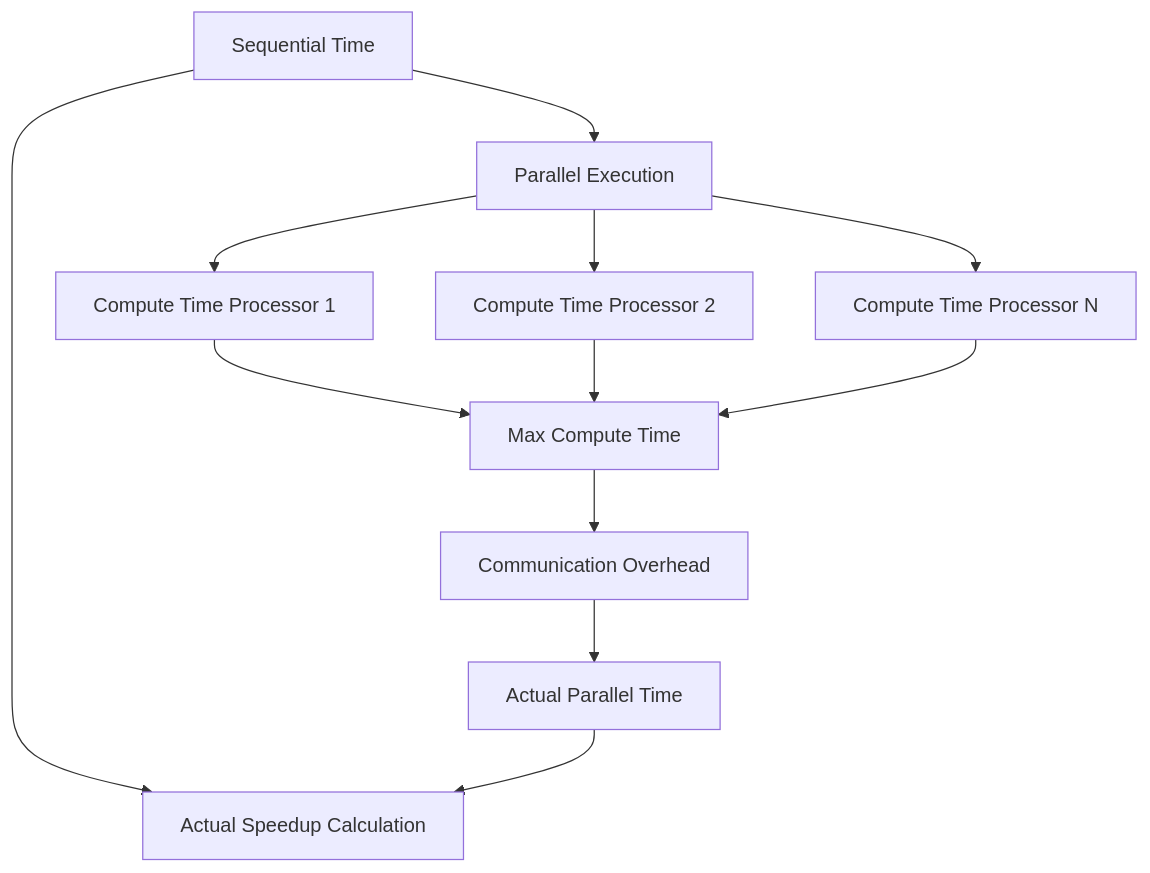
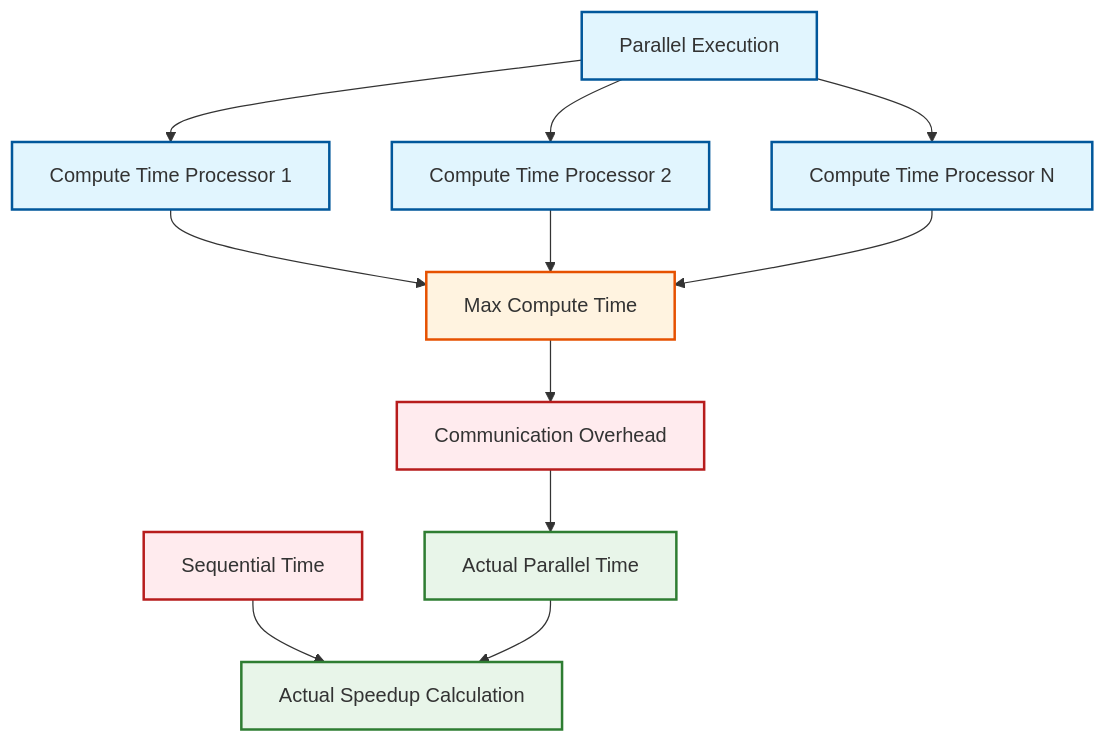
Before and after one commit to wramet/build-my-cfd: the diagram in MODULE_09_ADVANCED_TOPICS/CONTENT/03_DESIGN_PATTERNS/05_Performance_Analysis.md, drawn with Mermaid. The commit also changed 313 other files, not shown here.

Commit message:
Revise all diagram

````diff
--- a/MODULE_09_ADVANCED_TOPICS/CONTENT/03_DESIGN_PATTERNS/05_Performance_Analysis.md
+++ b/MODULE_09_ADVANCED_TOPICS/CONTENT/03_DESIGN_PATTERNS/05_Performance_Analysis.md
@@ -69,14 +69,17 @@
 ```mermaid
 graph TD
-    A[Sequential Time] --> B[Parallel Execution]
-    B --> C[Compute Time Processor 1]
-    B --> D[Compute Time Processor 2]
-    B --> E[Compute Time Processor N]
-    C --> F[Max Compute Time]
-    D --> F
-    E --> F
-    F --> G[Communication Overhead]
-    G --> H[Actual Parallel Time]
-    A --> I[Actual Speedup Calculation]
-    H --> I
+classDef implicit fill:#e1f5fe,stroke:#01579b,stroke-width:2px
+classDef explicit fill:#ffebee,stroke:#b71c1c,stroke-width:2px
+classDef success fill:#e8f5e9,stroke:#2e7d32,stroke-width:2px
+classDef warning fill:#fff3e0,stroke:#e65100,stroke-width:2px
+A[Sequential Time]:::explicit --> I[Actual Speedup Calculation]:::success
+B[Parallel Execution]:::implicit --> C[Compute Time Processor 1]:::implicit
+B --> D[Compute Time Processor 2]:::implicit
+B --> E[Compute Time Processor N]:::implicit
+C --> F[Max Compute Time]:::warning
+D --> F
+E --> F
+F --> G[Communication Overhead]:::explicit
+G --> H[Actual Parallel Time]:::success
+H --> I
 ```
````
